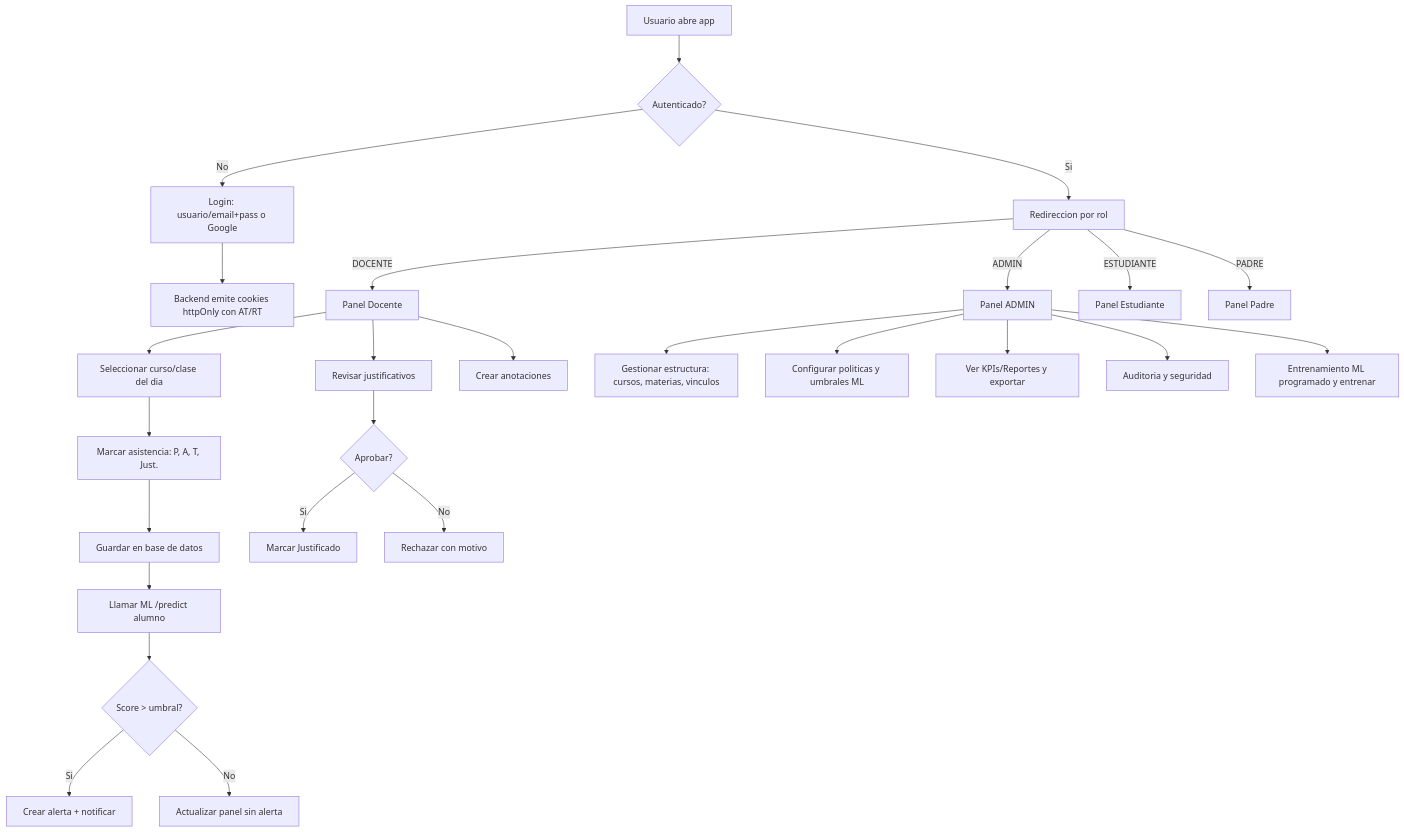
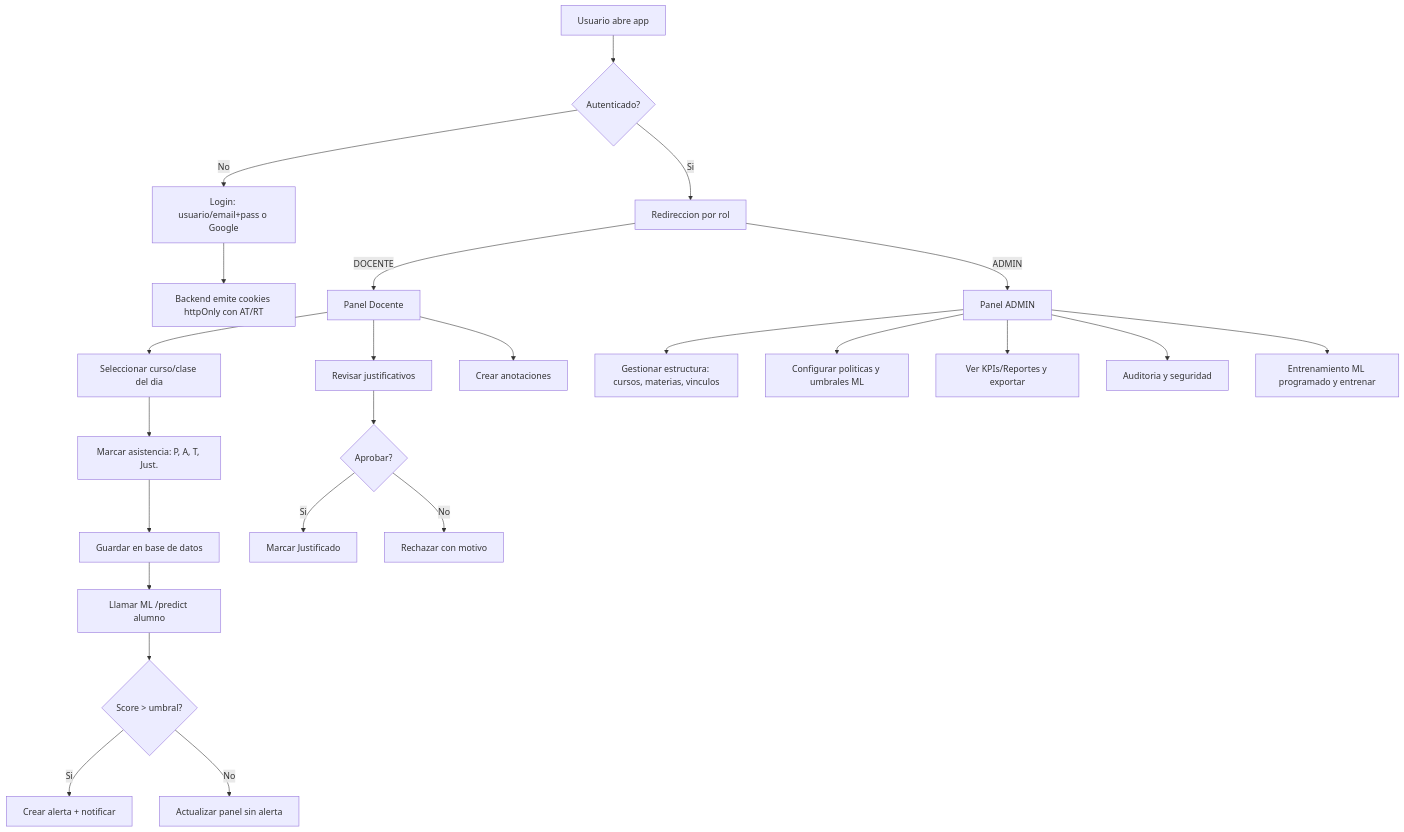
Before and after one commit to waller00/edutrack: the diagram in docs/ALCANCE.md, drawn with Mermaid. The commit also changed 11 other files, not shown here.

````diff
--- a/docs/ALCANCE.md
+++ b/docs/ALCANCE.md
@@ -5,33 +5,31 @@
 ```mermaid
 flowchart TD
   A[Usuario abre app] --> B{Autenticado?}
   B -->|No| C[Login: usuario/email+pass o Google]
   C --> D[Backend emite cookies httpOnly con AT/RT]
   B -->|Si| E[Redireccion por rol]
 
   E -->|ADMIN| A1[Panel ADMIN]
   E -->|DOCENTE| T1[Panel Docente]
-  E -->|ESTUDIANTE| S1[Panel Estudiante]
-  E -->|PADRE| P1[Panel Padre]
 
   %% Docente
   T1 --> T2[Seleccionar curso/clase del dia]
   T2 --> T3[Marcar asistencia: P, A, T, Just.]
   T3 --> T4[Guardar en base de datos]
   T4 --> ML1[Llamar ML /predict alumno]
   ML1 --> D1{Score > umbral?}
   D1 -->|Si| N1[Crear alerta + notificar]
   D1 -->|No| T5[Actualizar panel sin alerta]
   T1 --> T6[Revisar justificativos]
   T6 --> T7{Aprobar?}
   T7 -->|Si| T8[Marcar Justificado]
   T7 -->|No| T9[Rechazar con motivo]
   T1 --> T10[Crear anotaciones]
 
   %% Admin
   A1 --> A2[Gestionar estructura: cursos, materias, vinculos]
   A1 --> A3[Configurar politicas y umbrales ML]
   A1 --> A4[Ver KPIs/Reportes y exportar]
   A1 --> A5[Auditoria y seguridad]
   A1 --> A6[Entrenamiento ML programado y entrenar]
 ```
````
